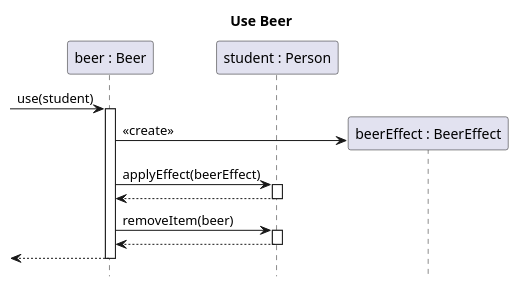
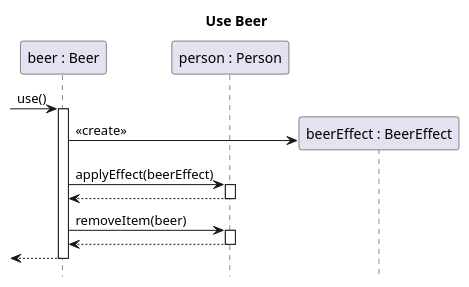
The diagram in docs/diagrams/sequence/item-beer-use.puml (sn4k3ch4rm3r/logarlec), drawn with PlantUML before and after one commit. The commit also changed 9 other files, not shown here.

```diff
--- a/docs/diagrams/sequence/item-beer-use.puml
+++ b/docs/diagrams/sequence/item-beer-use.puml
@@ -1,17 +1,17 @@
 @startuml item-beer-use
 title Use Beer
 hide footbox
 
 participant "beer : Beer" as beer
-participant "student : Person" as student
+participant "person : Person" as person
 
-[-> beer ++: use(student)
+[-> beer ++: use()
 create "beerEffect : BeerEffect" as beerEffect
 beer -> beerEffect : <<create>>
-beer -> student ++ : applyEffect(beerEffect)
-student --> beer --
-beer -> student ++ : removeItem(beer)
-student --> beer --
+beer -> person ++ : applyEffect(beerEffect)
+person --> beer --
+beer -> person ++ : removeItem(beer)
+person --> beer --
 [<-- beer --
 
 @enduml
```
